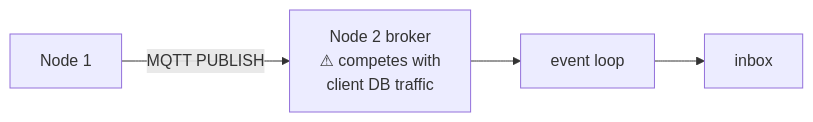
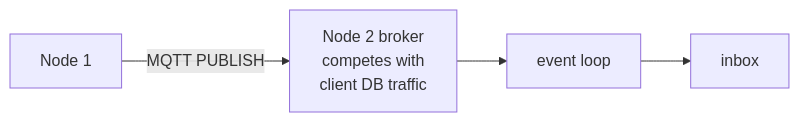
One commit to LabOverWire/MQDB changed the first of 2 diagrams in book/chapters/ch07-transport.md. Above: the diagram before and after it, drawn with Mermaid. The commit also changed 16 other files, not shown here.

First line of the commit message:
vault crash recovery, identity race condition, and schema init (#14)

````diff
--- a/book/chapters/ch07-transport.md
+++ b/book/chapters/ch07-transport.md
@@ -115,4 +115,4 @@
 ```mermaid
 flowchart LR
-    N1[Node 1] -->|MQTT PUBLISH| B["Node 2 broker\n⚠ competes with\nclient DB traffic"] --> EL[event loop] --> IN[inbox]
+    N1[Node 1] -->|MQTT PUBLISH| B["Node 2 broker<br/>competes with<br/>client DB traffic"] --> EL[event loop] --> IN[inbox]
 ```
````
